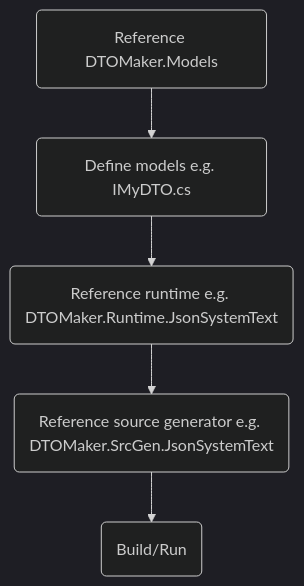
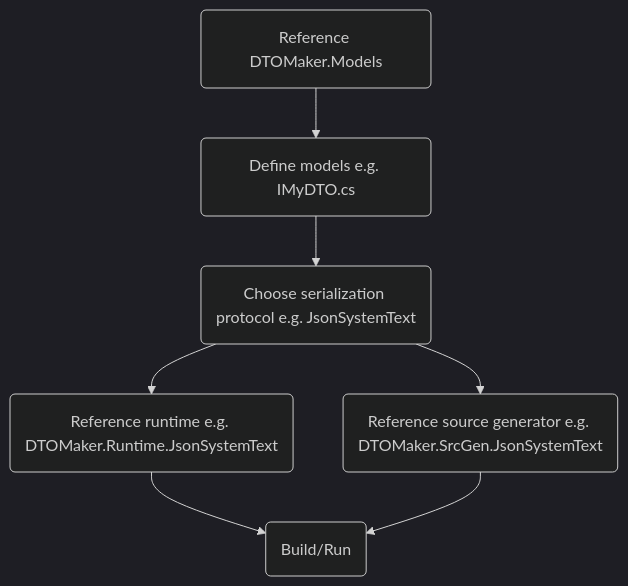
One commit to datafac/dtomaker-v2 changed the diagram in README.md. Above: the diagram before and after it, drawn with Mermaid (dark theme). The commit also changed other lines of this file and 34 other files, not shown here.

````diff
--- a/README.md
+++ b/README.md
@@ -85,12 +90,15 @@
 ```mermaid
 flowchart TB
-    def(Define models e.g. IMyDTO.cs)
-    ref1(Reference DTOMaker.Models)
-    ref2(Reference runtime e.g. DTOMaker.Runtime.JsonSystemText)
-    ref3(Reference source generator e.g. DTOMaker.SrcGen.JsonSystemText)
+    defmodel(Define models e.g. IMyDTO.cs)
+    refmodel(Reference DTOMaker.Models)
+    choose(Choose serialization protocol e.g. JsonSystemText)
+    refruntime(Reference runtime e.g. DTOMaker.Runtime.JsonSystemText)
+    refsrcgen(Reference source generator e.g. DTOMaker.SrcGen.JsonSystemText)
     bld(Build/Run)
-    ref1-->def
-    def-->ref2
-    ref2-->ref3
-    ref3-->bld
+    refmodel-->defmodel
+    defmodel-->choose
+    choose-->refruntime
+    choose-->refsrcgen
+    refruntime-->bld
+    refsrcgen-->bld
 ```
````
